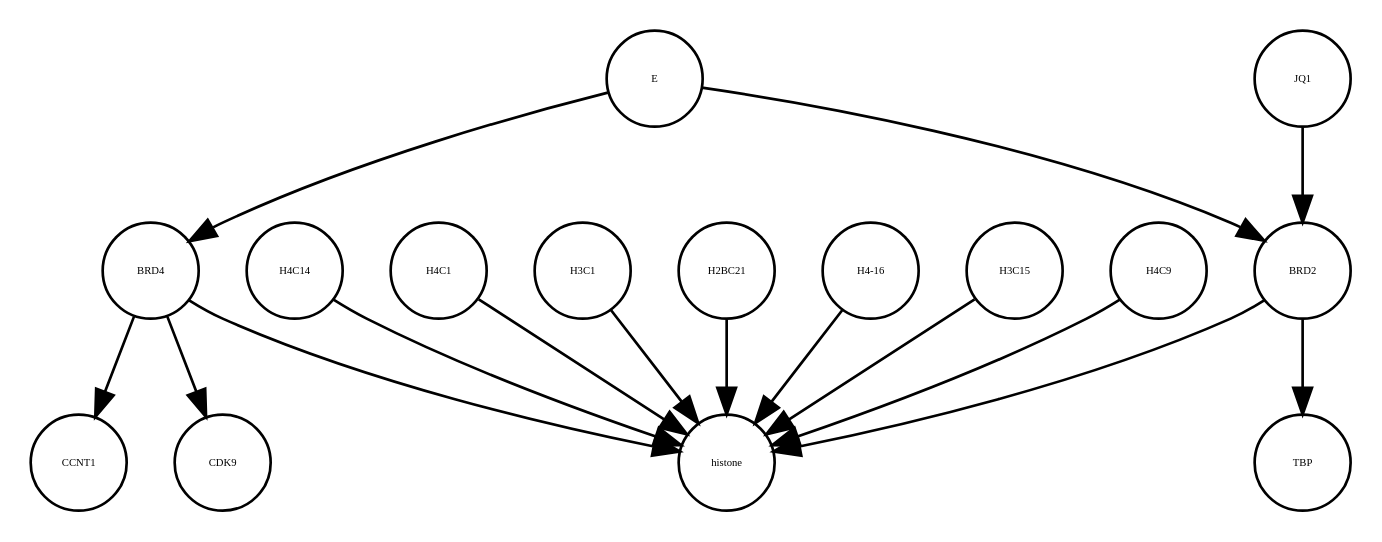
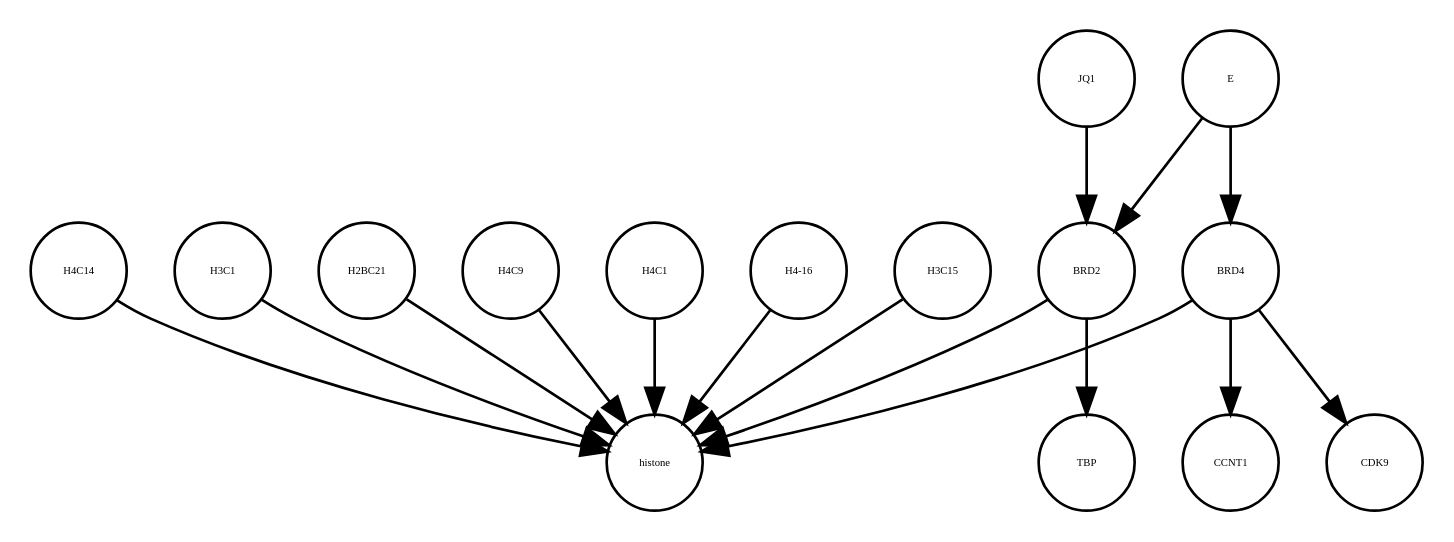
One commit to cannin/covid19-sbgn changed the diagram in E_SARS_CoV_2_21_05_2020.xml_projected.dot. Above: the diagram before and after it, drawn with Graphviz. The commit also changed other lines of this file and 621 other files, not shown here.

```diff
--- a/E_SARS_CoV_2_21_05_2020.xml_projected.dot
+++ b/E_SARS_CoV_2_21_05_2020.xml_projected.dot
@@ -1,32 +1,32 @@
 strict digraph  {
-BRD4 [annotation="", bipartite=0, cls=macromolecule, fontsize=4, label=BRD4, shape=circle];
-CCNT1 [annotation="", bipartite=0, cls=macromolecule, fontsize=4, label=CCNT1, shape=circle];
-H4C14 [annotation="", bipartite=0, cls=macromolecule, fontsize=4, label=H4C14, shape=circle];
-H4C1 [annotation="", bipartite=0, cls=macromolecule, fontsize=4, label=H4C1, shape=circle];
-TBP [annotation="", bipartite=0, cls=macromolecule, fontsize=4, label=TBP, shape=circle];
 H3C1 [annotation="", bipartite=0, cls=macromolecule, fontsize=4, label=H3C1, shape=circle];
 JQ1 [annotation="", bipartite=0, cls=macromolecule, fontsize=4, label=JQ1, shape=circle];
-histone [annotation="", bipartite=0, cls=complex, fontsize=4, label=histone, shape=circle];
-CDK9 [annotation="", bipartite=0, cls=macromolecule, fontsize=4, label=CDK9, shape=circle];
 H2BC21 [annotation="", bipartite=0, cls=macromolecule, fontsize=4, label=H2BC21, shape=circle];
-"H4-16" [annotation="", bipartite=0, cls=macromolecule, fontsize=4, label="H4-16", shape=circle];
-H3C15 [annotation="", bipartite=0, cls=macromolecule, fontsize=4, label=H3C15, shape=circle];
-BRD2 [annotation="", bipartite=0, cls=macromolecule, fontsize=4, label=BRD2, shape=circle];
+TBP [annotation="", bipartite=0, cls=macromolecule, fontsize=4, label=TBP, shape=circle];
+CCNT1 [annotation="", bipartite=0, cls=macromolecule, fontsize=4, label=CCNT1, shape=circle];
 E [annotation=urn_miriam_ncbiprotein_BCD58755, bipartite=0, cls=macromolecule, fontsize=4, label=E, shape=circle];
 H4C9 [annotation="", bipartite=0, cls=macromolecule, fontsize=4, label=H4C9, shape=circle];
-BRD4 -> CDK9  [annotation=urn_miriam_taxonomy_10090, interaction_type=catalysis];
-BRD4 -> histone  [annotation="urn_miriam_doi_10.1038%2Fnsmb.3228.|urn_miriam_doi_10.1016%2Fj.molcel.2008.01.018", interaction_type=catalysis];
-BRD4 -> CCNT1  [annotation="", interaction_type=catalysis];
-H4C14 -> histone  [annotation="", interaction_type=production];
-H4C1 -> histone  [annotation="", interaction_type=production];
+H4C1 [annotation="", bipartite=0, cls=macromolecule, fontsize=4, label=H4C1, shape=circle];
+"H4-16" [annotation="", bipartite=0, cls=macromolecule, fontsize=4, label="H4-16", shape=circle];
+BRD2 [annotation="", bipartite=0, cls=macromolecule, fontsize=4, label=BRD2, shape=circle];
+CDK9 [annotation="", bipartite=0, cls=macromolecule, fontsize=4, label=CDK9, shape=circle];
+histone [annotation="", bipartite=0, cls=complex, fontsize=4, label=histone, shape=circle];
+BRD4 [annotation="", bipartite=0, cls=macromolecule, fontsize=4, label=BRD4, shape=circle];
+H3C15 [annotation="", bipartite=0, cls=macromolecule, fontsize=4, label=H3C15, shape=circle];
+H4C14 [annotation="", bipartite=0, cls=macromolecule, fontsize=4, label=H4C14, shape=circle];
 H3C1 -> histone  [annotation="", interaction_type=production];
 JQ1 -> BRD2  [annotation="urn_miriam_doi_10.1038%2Fs41586-020-2286-9|urn_miriam_doi_10.1080%2F15592294.2018.1469891", interaction_type=inhibition];
 H2BC21 -> histone  [annotation="", interaction_type=production];
-"H4-16" -> histone  [annotation="", interaction_type=production];
-H3C15 -> histone  [annotation="", interaction_type=production];
-BRD2 -> histone  [annotation="urn_miriam_doi_10.1038%2Fnsmb.3228.|urn_miriam_doi_10.1016%2Fj.molcel.2008.01.018", interaction_type=catalysis];
-BRD2 -> TBP  [annotation="urn_miriam_doi_10.1007%2Fs11010-006-9223-6", interaction_type=catalysis];
 E -> BRD2  [annotation="urn_miriam_doi_10.1038%2Fs41586-020-2286-9|urn_miriam_doi_10.1080%2F15592294.2018.1469891", interaction_type=inhibition];
 E -> BRD4  [annotation="urn_miriam_doi_10.1038%2Fs41586-020-2286-9", interaction_type=inhibition];
 H4C9 -> histone  [annotation="", interaction_type=production];
+H4C1 -> histone  [annotation="", interaction_type=production];
+"H4-16" -> histone  [annotation="", interaction_type=production];
+BRD2 -> TBP  [annotation="urn_miriam_doi_10.1007%2Fs11010-006-9223-6", interaction_type=catalysis];
+BRD2 -> histone  [annotation="urn_miriam_doi_10.1038%2Fnsmb.3228.|urn_miriam_doi_10.1016%2Fj.molcel.2008.01.018", interaction_type=catalysis];
+BRD4 -> histone  [annotation="urn_miriam_doi_10.1038%2Fnsmb.3228.|urn_miriam_doi_10.1016%2Fj.molcel.2008.01.018", interaction_type=catalysis];
+BRD4 -> CCNT1  [annotation="", interaction_type=catalysis];
+BRD4 -> CDK9  [annotation=urn_miriam_taxonomy_10090, interaction_type=catalysis];
+H3C15 -> histone  [annotation="", interaction_type=production];
+H4C14 -> histone  [annotation="", interaction_type=production];
 }
```
